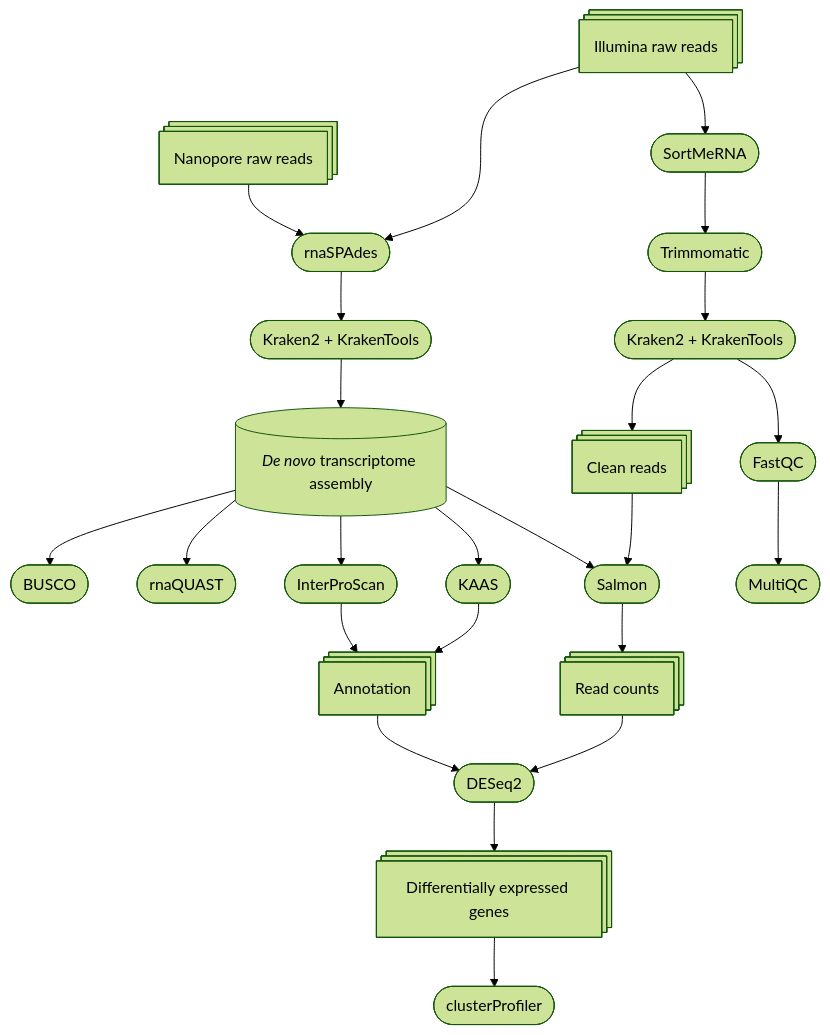
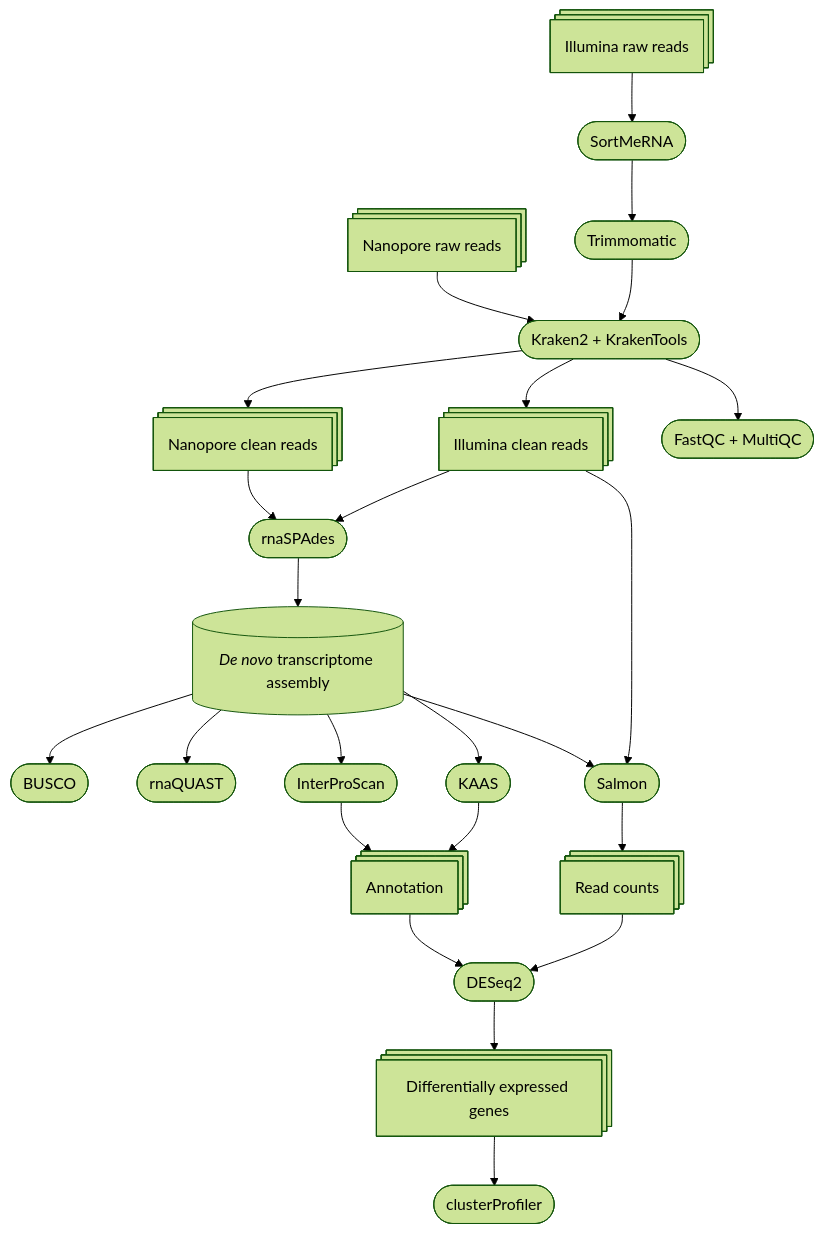
Before and after one commit to kuprinak/Phragmites_drought_RNAseq: the diagram in README.md, drawn with Mermaid (forest theme).

````diff
--- a/README.md
+++ b/README.md
@@ -18,26 +18,26 @@
 ```mermaid
 flowchart TB
     A@{shape: procs, label: "Illumina raw reads"} --> B([SortMeRNA]);
-AA@{shape: procs, label: "Nanopore raw reads"} --> G([rnaSPAdes]);
-K2 -->T@{shape: cyl, label: "_De novo_ transcriptome assembly"};
+AA@{shape: procs, label: "Nanopore raw reads"} --> K([rnaSPAdes]);
     B --> C([Trimmomatic]);
     C --> K([Kraken2 + KrakenTools]);
-    K --> F@{shape: procs, label: "Clean reads"};
-    A --> G([rnaSPAdes]);
-    G --> K2([Kraken2 + KrakenTools]);
+    K --> F@{shape: procs, label: "Illumina clean reads"};
+    K --> F2@{shape: procs, label: "Nanopore clean reads"};
+    F2 --> G([rnaSPAdes]);
+    F --> G([rnaSPAdes]);
+    G -->T@{shape: cyl, label: "_De novo_ transcriptome assembly"};
     T --> BU([BUSCO]);
     T --> Q([rnaQUAST]);
     T --> I([InterProScan]);
     I --> An@{shape: procs, label: "Annotation"};
     KAAS --> An@{shape: procs, label: "Annotation"};
     An --> R;
     T --> KAAS([KAAS]);  
     T --> S([Salmon]);
     F --> S([Salmon]);
     S --> q@{shape: procs, label: "Read counts"};
     q --> R([DESeq2]);
     R --> DEG@{shape: procs, label: "Differentially expressed genes"};
     DEG --> cl([clusterProfiler]);
-    K --> E([FastQC]);
-    E --> m([MultiQC]);
+    K --> E([FastQC + MultiQC])
 ```
````
